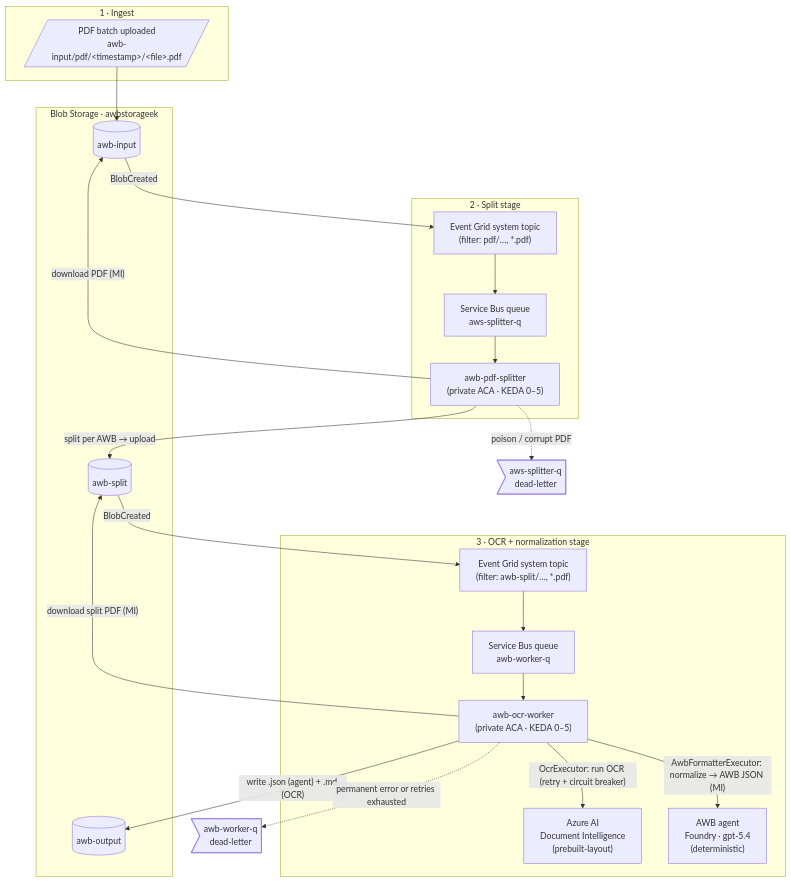
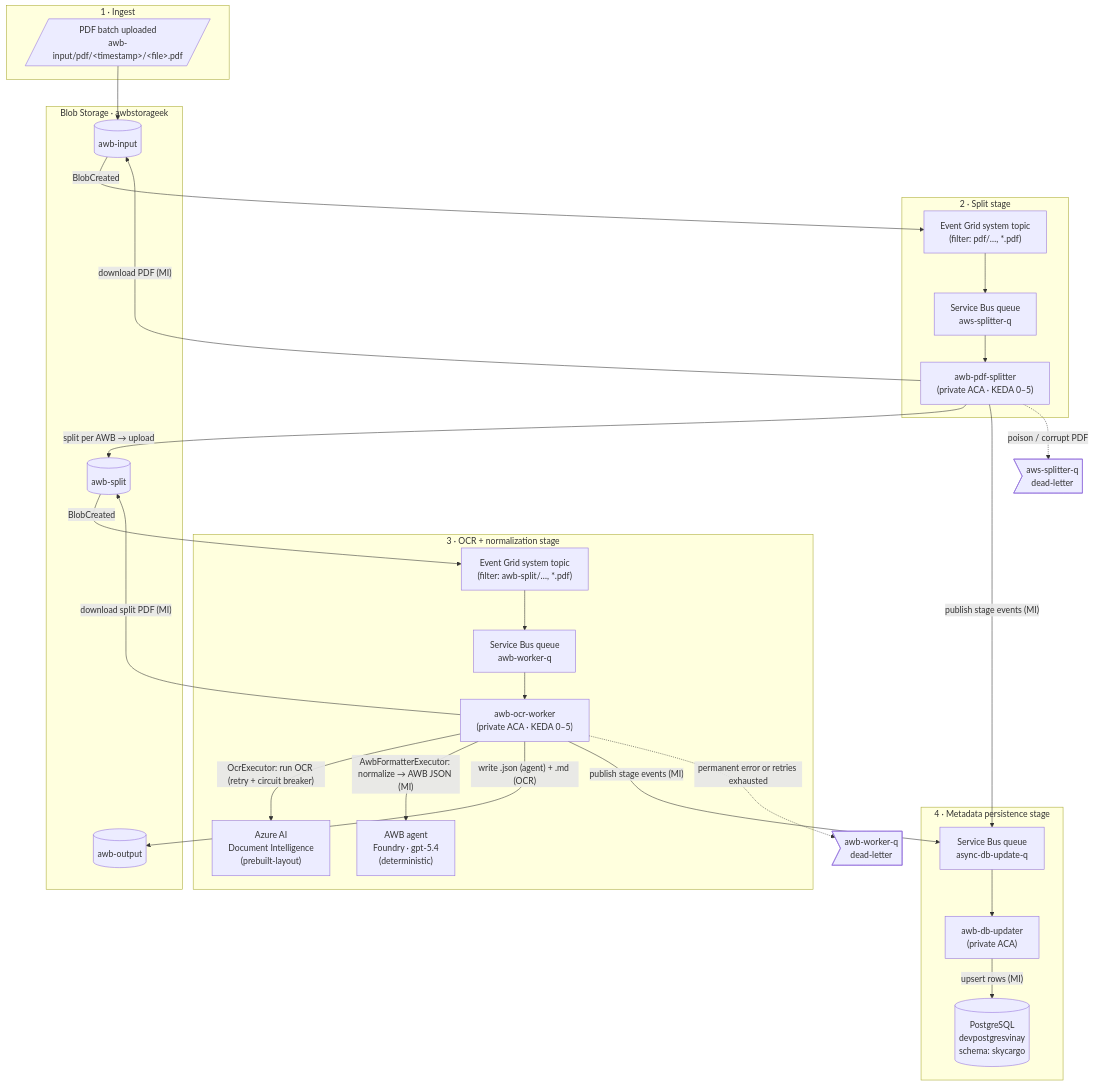
The first of 5 diagrams in WORKFLOW.md (vinaykumar-git6/awb-agents-workflows), drawn with Mermaid before and after one commit. The commit also changed other lines of this file and 57 other files, not shown here.

````diff
--- a/WORKFLOW.md
+++ b/WORKFLOW.md
@@ -10,43 +11,53 @@
 ```mermaid
 flowchart TD
     subgraph Ingest["1 · Ingest"]
         U[/"PDF batch uploaded<br/>awb-input/pdf/&lt;timestamp&gt;/&lt;file&gt;.pdf"/]
     end
 
     subgraph SplitStage["2 · Split stage"]
         EG1["Event Grid system topic<br/>(filter: pdf/…, *.pdf)"]
         Q1["Service Bus queue<br/>aws-splitter-q"]
         SPL["awb-pdf-splitter<br/>(private ACA · KEDA 0–5)"]
     end
 
     subgraph OcrStage["3 · OCR + normalization stage"]
         EG2["Event Grid system topic<br/>(filter: awb-split/…, *.pdf)"]
         Q2["Service Bus queue<br/>awb-worker-q"]
         OCRW["awb-ocr-worker<br/>(private ACA · KEDA 0–5)"]
         DI["Azure AI<br/>Document Intelligence<br/>(prebuilt-layout)"]
         AGENT["AWB agent<br/>Foundry · gpt-5.4<br/>(deterministic)"]
+    end
+
+    subgraph DbStage["4 · Metadata persistence stage"]
+        QDB["Service Bus queue<br/>async-db-update-q"]
+        DBU["awb-db-updater<br/>(private ACA)"]
+        PG[("PostgreSQL<br/>devpostgresvinay<br/>schema: skycargo")]
     end
 
     subgraph Storage["Blob Storage · awbstorageek"]
         C1[("awb-input")]
         C2[("awb-split")]
         C3[("awb-output")]
     end
 
     DLQ1>"aws-splitter-q<br/>dead-letter"]
     DLQ2>"awb-worker-q<br/>dead-letter"]
 
     U --> C1
     C1 -- BlobCreated --> EG1 --> Q1 --> SPL
     SPL -- "download PDF (MI)" --> C1
     SPL -- "split per AWB → upload" --> C2
 
     C2 -- BlobCreated --> EG2 --> Q2 --> OCRW
     OCRW -- "download split PDF (MI)" --> C2
     OCRW -- "OcrExecutor: run OCR (retry + circuit breaker)" --> DI
     OCRW -- "AwbFormatterExecutor: normalize → AWB JSON (MI)" --> AGENT
     OCRW -- "write .json (agent) + .md (OCR)" --> C3
 
+    SPL -- "publish stage events (MI)" --> QDB
+    OCRW -- "publish stage events (MI)" --> QDB
+    QDB --> DBU -- "upsert rows (MI)" --> PG
+
     SPL -. "poison / corrupt PDF" .-> DLQ1
     OCRW -. "permanent error or retries exhausted" .-> DLQ2
 ```
````
